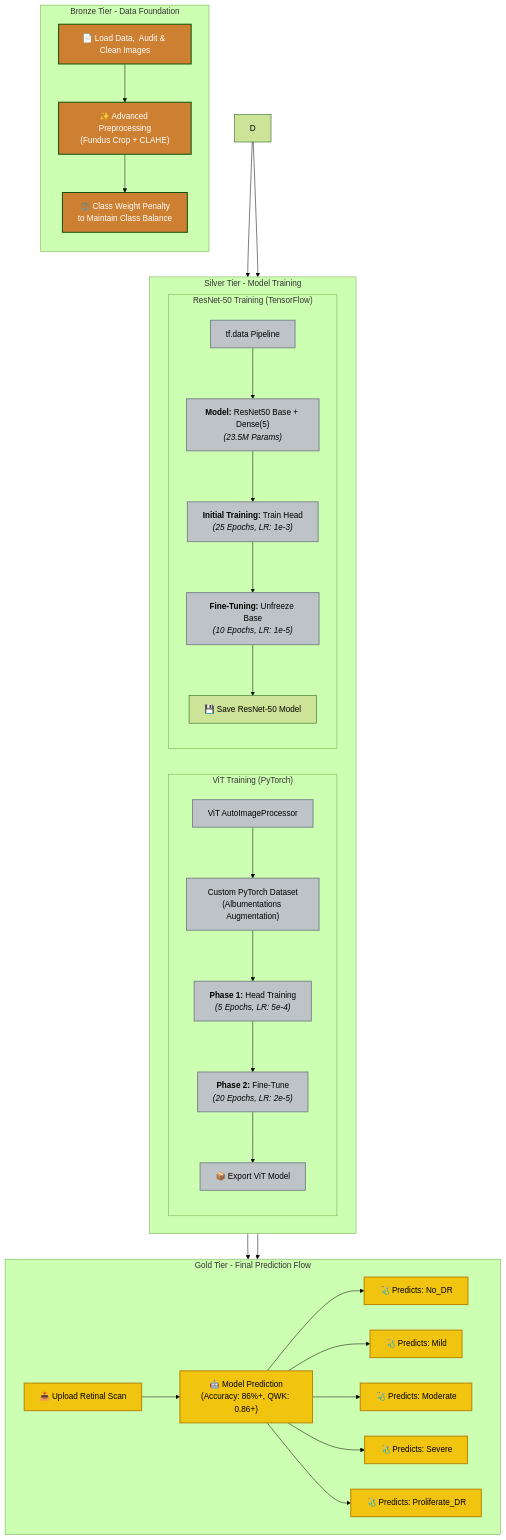
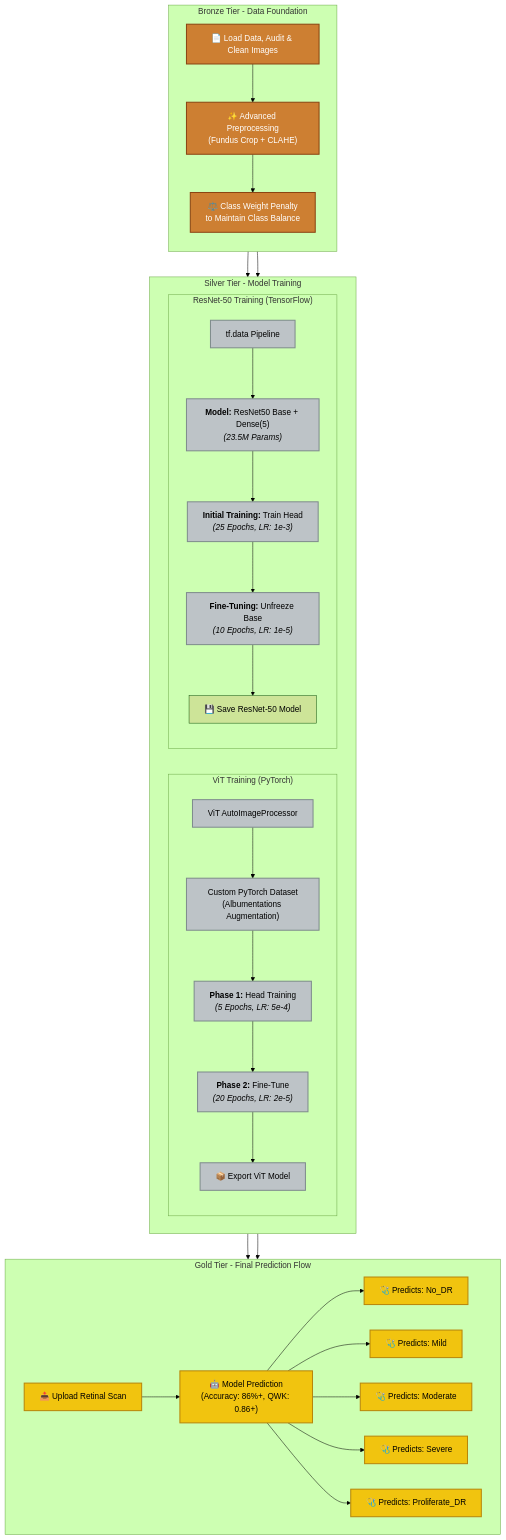
One commit to Yeshwanth-git-tech/DiabeticRetinopathy-ViT-Resnet changed the diagram in README.md. Above: the diagram before and after it, drawn with Mermaid (forest theme).

Commit message:
Edit README-f

````diff
--- a/README.md
+++ b/README.md
@@ -7,56 +7,55 @@
 ```mermaid
  flowchart TB
      %% --- Style Definitions ---
-     classDef bronzeStyle fill:#cd7f32,stroke:#8B4S13,stroke-width:2px,color:#ffffff
+     classDef bronzeStyle fill:#cd7f32,stroke:#8B4513,stroke-width:2px,color:#ffffff
      classDef silverStyle fill:#bdc3c7,stroke:#7f8c8d,stroke-width:2px,color:#000000
      classDef goldStyle fill:#f1c40f,stroke:#b8860b,stroke-width:2px,color:#000000
  
      %% --- BRONZE TIER: Data Pipeline ---
      subgraph Bronze Tier - Data Foundation
          direction TB
-         A["📄 Load Data,  Audit & Clean Images"]
-         A --> B["✨ Advanced Preprocessing<br/>(Fundus Crop + CLAHE)"]
+         A["📄 Load Data, Audit & Clean Images"] --> B["✨ Advanced Preprocessing<br/>(Fundus Crop + CLAHE)"]
          B --> C["⚖️ Class Weight Penalty<br/>to Maintain Class Balance"]
      end
      class A,B,C bronzeStyle
  
      %% --- SILVER TIER: Model Training ---
      subgraph Silver Tier - Model Training
          direction LR
  
          subgraph "ViT Training (PyTorch)"
              direction TB
              G1["ViT AutoImageProcessor"] --> G2["Custom PyTorch Dataset<br/>(Albumentations Augmentation)"]
              G2 --> G3["<b>Phase 1:</b> Head Training<br/><i>(5 Epochs, LR: 5e-4)</i>"]
              G3 --> G4["<b>Phase 2:</b> Fine-Tune<br/><i>(20 Epochs, LR: 2e-5)</i>"]
              G4 --> G5["📦 Export ViT Model"]
          end
  
          subgraph "ResNet-50 Training (TensorFlow)"
              direction TB
              H1["tf.data Pipeline"] --> H2["<b>Model:</b> ResNet50 Base + Dense(5)<br/><i>(23.5M Params)</i>"]
              H2 --> H3["<b>Initial Training:</b> Train Head<br/><i>(25 Epochs, LR: 1e-3)</i>"]
              H3 --> H4["<b>Fine-Tuning:</b> Unfreeze Base<br/><i>(10 Epochs, LR: 1e-5)</i>"]
              H4 --> H5["💾 Save ResNet-50 Model"]
          end
      end
      class G1,G2,G3,G4,G5,H1,H2,H3,H4 silverStyle
  
      %% --- GOLD TIER: Final Product ---
      subgraph Gold Tier - Final Prediction Flow
          direction LR
          I1["📤 Upload Retinal Scan"] --> I2["🤖 Model Prediction<br/>(Accuracy: 86%+, QWK: 0.86+)"]
          I2 --> I3["🩺 Predicts: No_DR"]
          I2 --> I4["🩺 Predicts: Mild"]
          I2 --> I5["🩺 Predicts: Moderate"]
          I2 --> I6["🩺 Predicts: Severe"]
          I2 --> I7["🩺 Predicts: Proliferate_DR"]
      end
      class I1,I2,I3,I4,I5,I6,I7 goldStyle
  
      %% --- Connections ---
-     D --> G1
-     D --> H1
+     C --> G1
+     C --> H1
      G5 --> I1
      H5 --> I1
 ```
````
